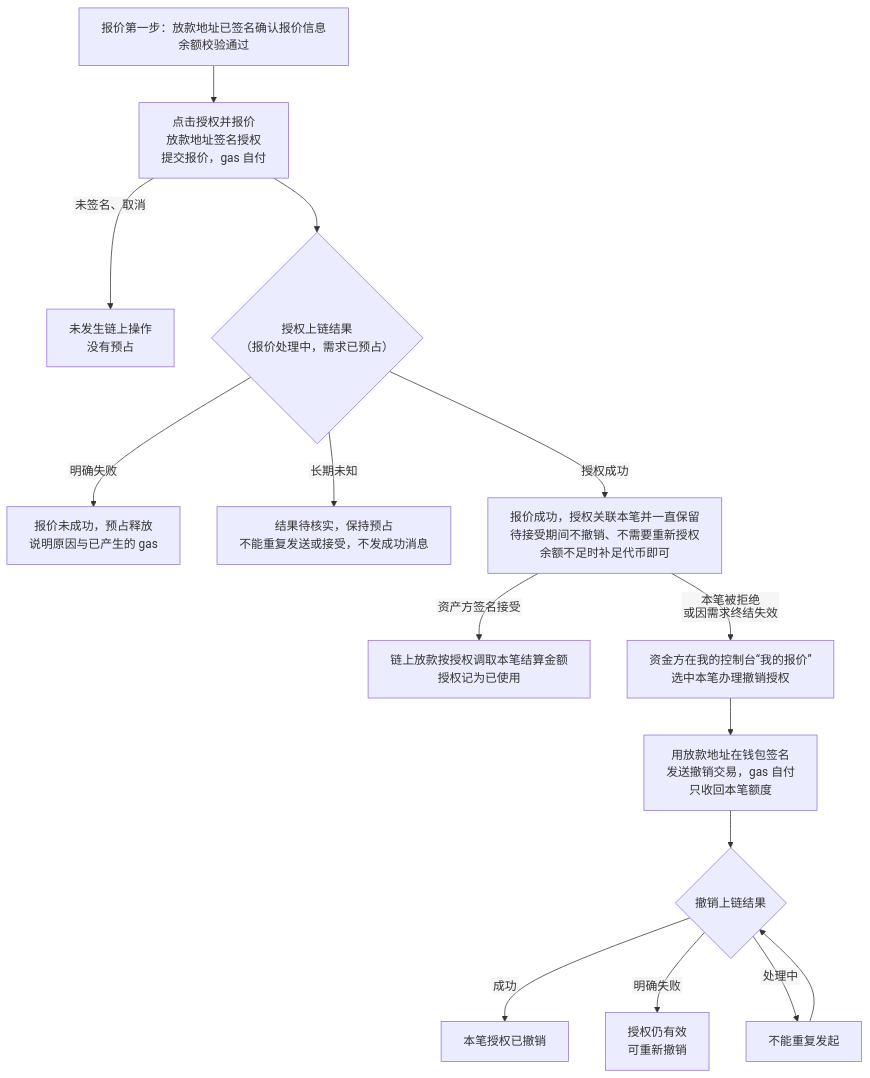
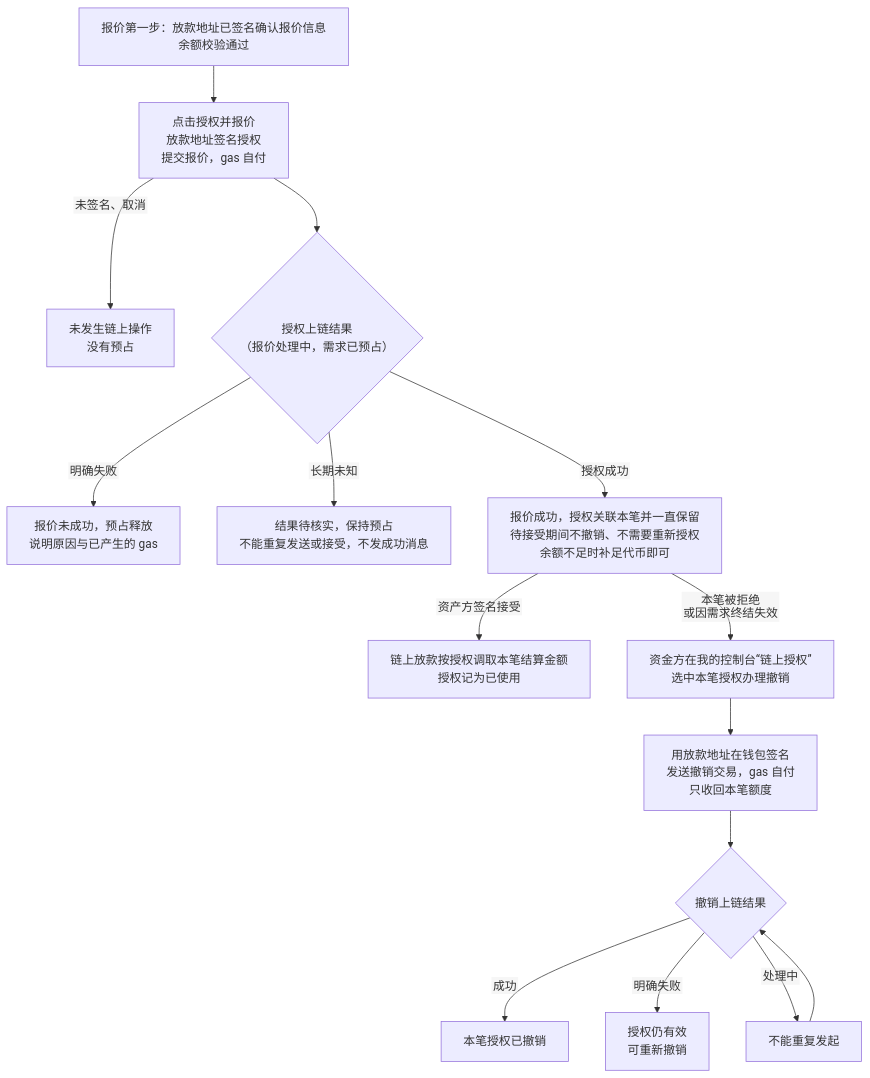
One commit to wxblockchain/Chain-Financing changed the sixth of 10 diagrams in lending-platform/PRD/面客端/06-借贷广场-授信报价与接受拒绝/02-授信报价与接受拒绝-流程图与状态机.md. Above: the diagram before and after it, drawn with Mermaid. The commit also changed other lines of this file and 49 other files, not shown here.

````diff
--- a/lending-platform/PRD/面客端/06-借贷广场-授信报价与接受拒绝/02-授信报价与接受拒绝-流程图与状态机.md
+++ b/lending-platform/PRD/面客端/06-借贷广场-授信报价与接受拒绝/02-授信报价与接受拒绝-流程图与状态机.md
@@ -186,18 +186,18 @@
 ```mermaid
 %%{init: {"flowchart": {"htmlLabels": false, "wrappingWidth": 400}}}%%
 flowchart TD
   A["报价第一步：放款地址已签名确认报价信息<br/>余额校验通过"] --> D["点击授权并报价<br/>放款地址签名授权<br/>提交报价，gas 自付"]
   D -->|"未签名、取消"| D1["未发生链上操作<br/>没有预占"]
   D --> E{"授权上链结果<br/>（报价处理中，需求已预占）"}
   E -->|"明确失败"| E2["报价未成功，预占释放<br/>说明原因与已产生的 gas"]
   E -->|"长期未知"| C1["结果待核实，保持预占<br/>不能重复发送或接受，不发成功消息"]
   E -->|"授权成功"| Q["报价成功，授权关联本笔并一直保留<br/>待接受期间不撤销、不需要重新授权<br/>余额不足时补足代币即可"]
   Q -->|"资产方签名接受"| U["链上放款按授权调取本笔结算金额<br/>授权记为已使用"]
-  Q -->|"本笔被拒绝<br/>或因需求终结失效"| R["资金方在我的控制台“我的报价”<br/>选中本笔办理撤销授权"]
+  Q -->|"本笔被拒绝<br/>或因需求终结失效"| R["资金方在我的控制台“链上授权”<br/>选中本笔授权办理撤销"]
   R --> S["用放款地址在钱包签名<br/>发送撤销交易，gas 自付<br/>只收回本笔额度"]
   S --> T{"撤销上链结果"}
   T -->|"成功"| T1["本笔授权已撤销"]
   T -->|"明确失败"| T2["授权仍有效<br/>可重新撤销"]
   T -->|"处理中"| T3["不能重复发起"]
   T3 --> T
 ```
````
